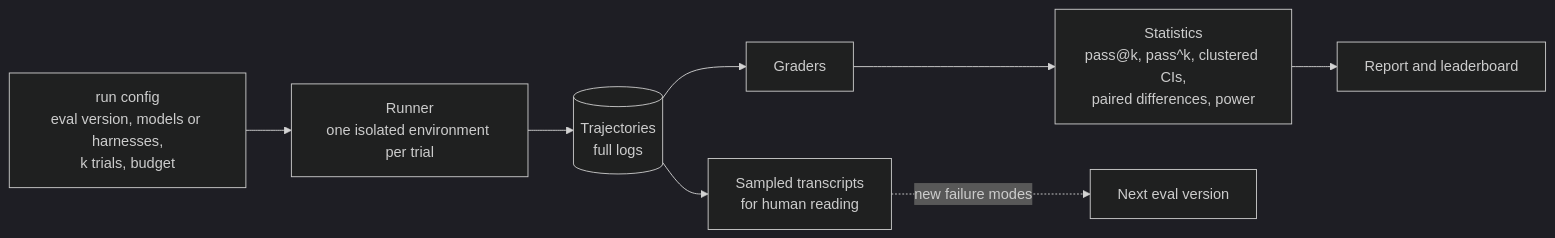
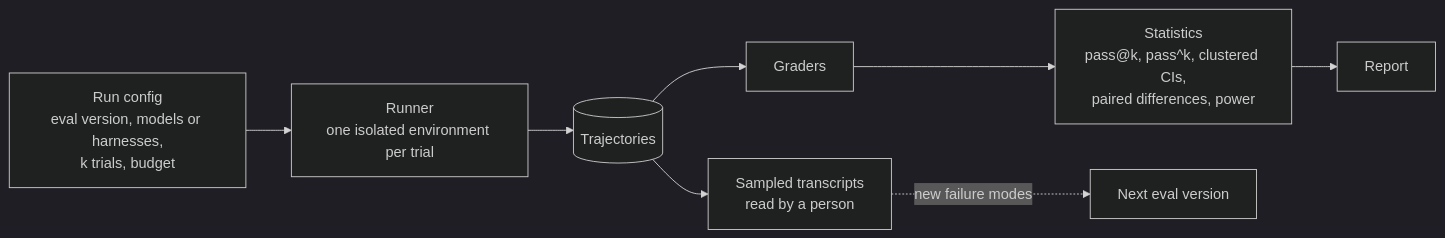
One commit to nbdesai1992/orbifex changed diagram 13 of 17 in README.md. Above: the diagram before and after it, drawn with Mermaid (dark theme). The commit also changed other lines of this file, not shown here.

````diff
--- a/README.md
+++ b/README.md
@@ -413,10 +440,10 @@
 ```mermaid
 flowchart LR
-  CFG["run config<br/>eval version, models or harnesses,<br/>k trials, budget"] --> RUN["Runner<br/>one isolated environment per trial"]
-  RUN --> TRJ[("Trajectories<br/>full logs")]
+  CFG["Run config<br/>eval version, models or harnesses,<br/>k trials, budget"] --> RUN["Runner<br/>one isolated environment per trial"]
+  RUN --> TRJ[("Trajectories")]
   TRJ --> GRD["Graders"]
   GRD --> ST["Statistics<br/>pass@k, pass^k, clustered CIs,<br/>paired differences, power"]
-  ST --> RPT["Report and leaderboard"]
-  TRJ --> SAMP["Sampled transcripts<br/>for human reading"]
+  ST --> RPT["Report"]
+  TRJ --> SAMP["Sampled transcripts<br/>read by a person"]
   SAMP -. "new failure modes" .-> NEXT["Next eval version"]
 ```
````
